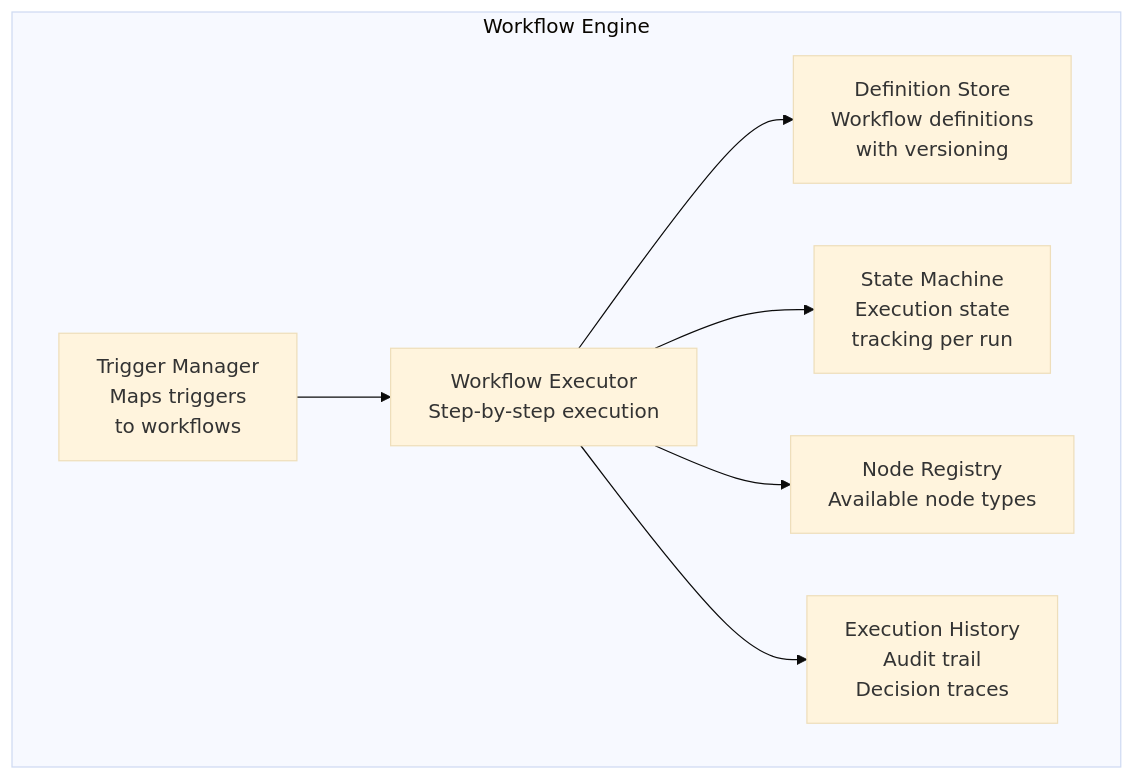
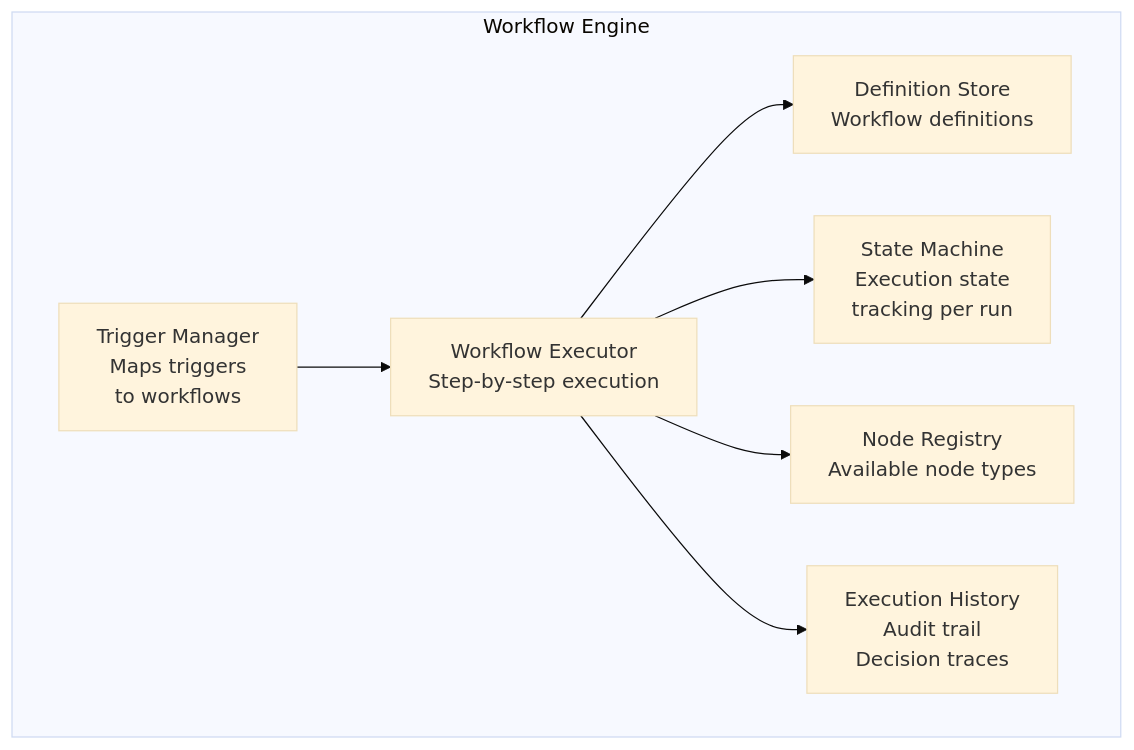
Before and after one commit to Technosorcery/silver-telegram: the third of 7 diagrams in docs/architecture/ARCHITECTURE.md, drawn with Mermaid (base theme). The commit also changed other lines of this file and 1 other file, not shown here.

First line of the commit message:
Resolve open questions and remove workflow versioning

````diff
--- a/docs/architecture/ARCHITECTURE.md
+++ b/docs/architecture/ARCHITECTURE.md
@@ -171,22 +171,22 @@
 ```mermaid
 flowchart TB
     subgraph Workflow Engine
-        DEF[Definition Store<br/>Workflow definitions<br/>with versioning]
+        DEF[Definition Store<br/>Workflow definitions]
 
         EXEC[Workflow Executor<br/>Step-by-step execution]
 
         SM[State Machine<br/>Execution state<br/>tracking per run]
 
         NR[Node Registry<br/>Available node types]
 
         TM[Trigger Manager<br/>Maps triggers<br/>to workflows]
 
         HIST[Execution History<br/>Audit trail<br/>Decision traces]
     end
 
     TM --> EXEC
     EXEC --> DEF
     EXEC --> SM
     EXEC --> NR
     EXEC --> HIST
 ```
````
